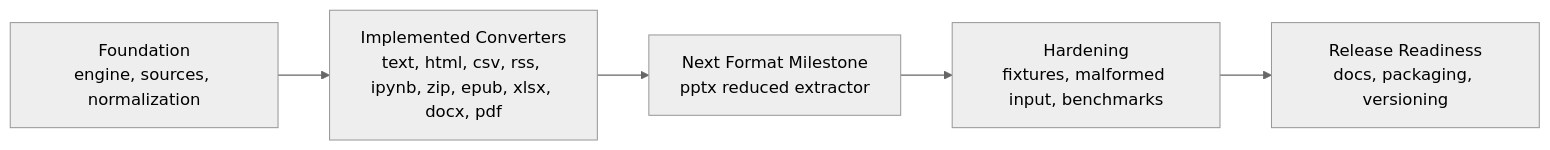
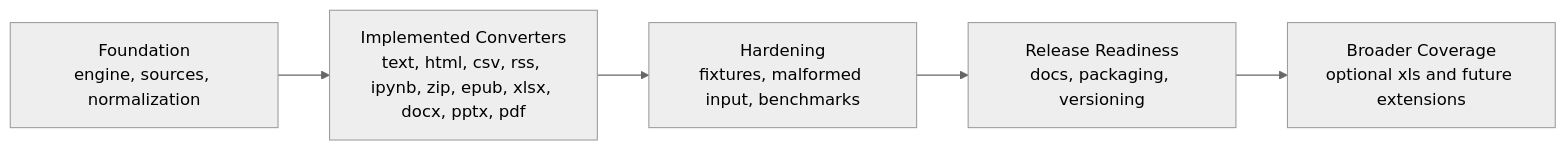
The second of 2 diagrams in README.md (LynnColeArt/Inkbite), drawn with Mermaid (neutral theme) before and after one commit. The commit also changed other lines of this file and 8 other files, not shown here.

Commit message:
Add reduced-scope PPTX support and project CI

````diff
--- a/README.md
+++ b/README.md
@@ -246,10 +246,10 @@
 ```mermaid
 flowchart LR
-    A[Foundation<br/>engine, sources, normalization]
-    B[Implemented Converters<br/>text, html, csv, rss, ipynb, zip, epub, xlsx, docx, pdf]
-    C[Next Format Milestone<br/>pptx reduced extractor]
-    D[Hardening<br/>fixtures, malformed input, benchmarks]
-    E[Release Readiness<br/>docs, packaging, versioning]
+    A["Foundation<br/>engine, sources, normalization"]
+    B["Implemented Converters<br/>text, html, csv, rss, ipynb, zip, epub, xlsx, docx, pptx, pdf"]
+    C["Hardening<br/>fixtures, malformed input, benchmarks"]
+    D["Release Readiness<br/>docs, packaging, versioning"]
+    E["Broader Coverage<br/>optional xls and future extensions"]
 
     A --> B --> C --> D --> E
 ```
````
